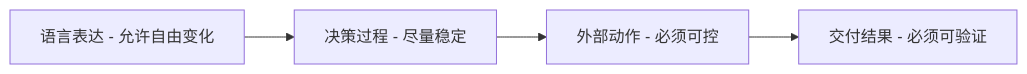
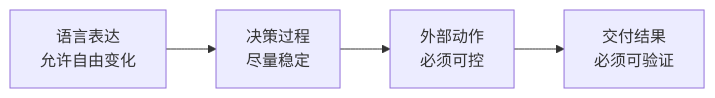
One commit to sulifreely/hannah changed diagram 13 of 13 in src/content/blog/soft-orchestration-in-skills.md. Above: the diagram before and after it, drawn with Mermaid. The commit also changed other lines of this file and 20 other files, not shown here.

Commit message:
chore: rewrite diagrams

````diff
--- a/src/content/blog/soft-orchestration-in-skills.md
+++ b/src/content/blog/soft-orchestration-in-skills.md
@@ -987,10 +999,10 @@
 ```mermaid
 flowchart LR
-    A[语言表达 - 允许自由变化]
-    B[决策过程 - 尽量稳定]
-    C[外部动作 - 必须可控]
-    D[交付结果 - 必须可验证]
+    A["语言表达<br/>允许自由变化"]
+    B["决策过程<br/>尽量稳定"]
+    C["外部动作<br/>必须可控"]
+    D["交付结果<br/>必须可验证"]
     A --> B
     B --> C
     C --> D
 ```
````
